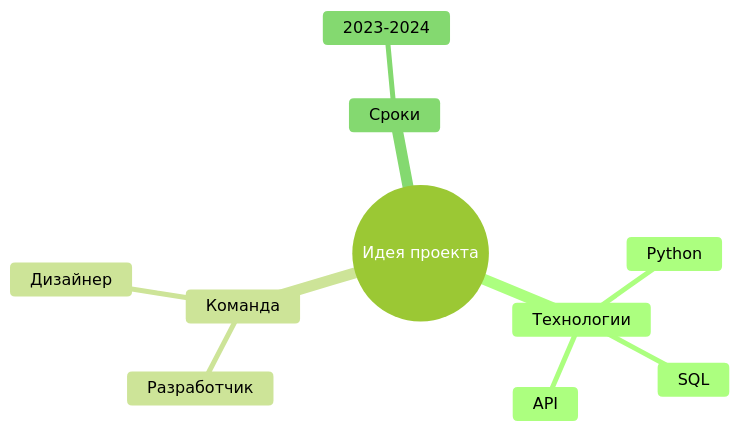
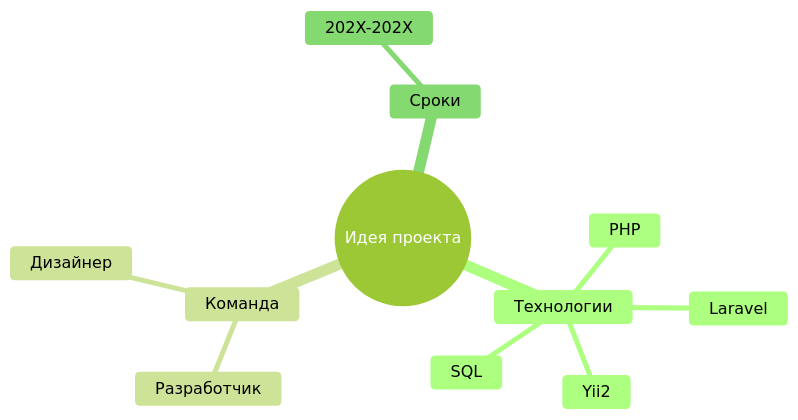
One commit to b221b/b221b changed the fourth of 4 diagrams in README.md. Above: the diagram before and after it, drawn with Mermaid (forest theme). The commit also changed other lines of this file, not shown here.

````diff
--- a/README.md
+++ b/README.md
@@ -221,13 +296,14 @@
 ```mermaid
 mindmap
   root((Идея проекта))
     Технологии
-      Python
+      PHP
+      Yii2
+      Laravel
       SQL
-      API
     Команда
       Разработчик
       Дизайнер
     Сроки
-      2023-2024
+      202X-202X
 ```
````
